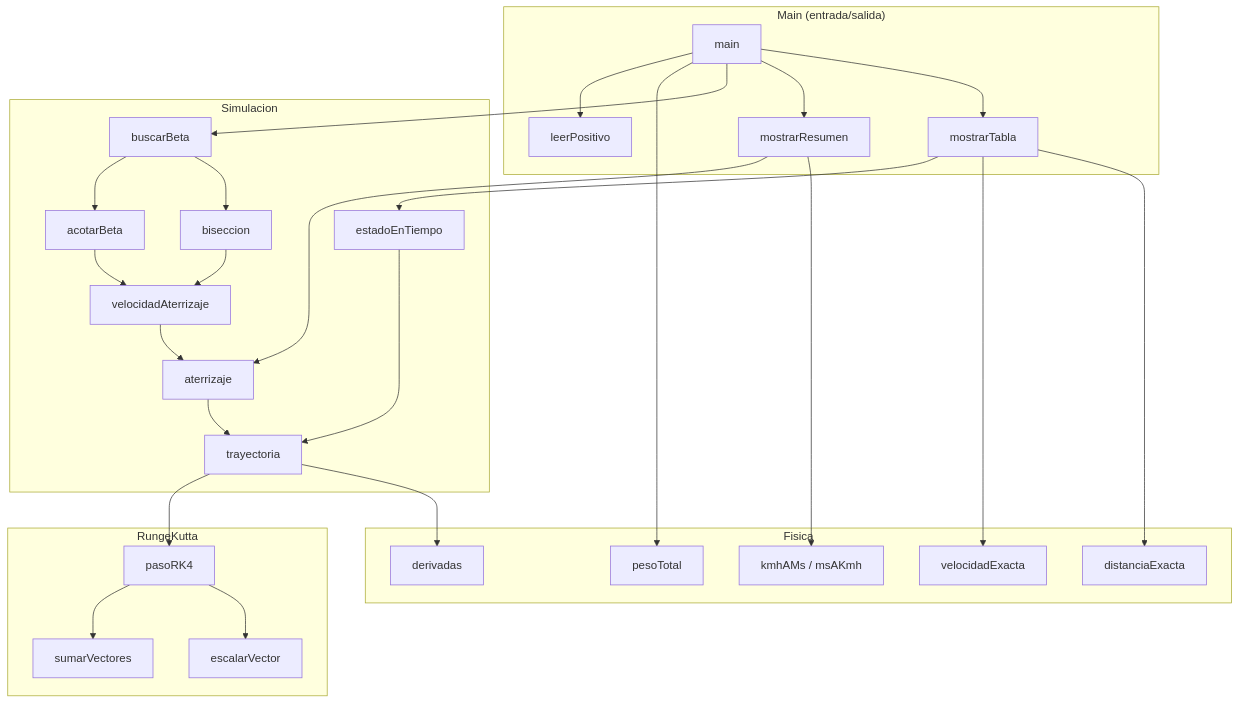
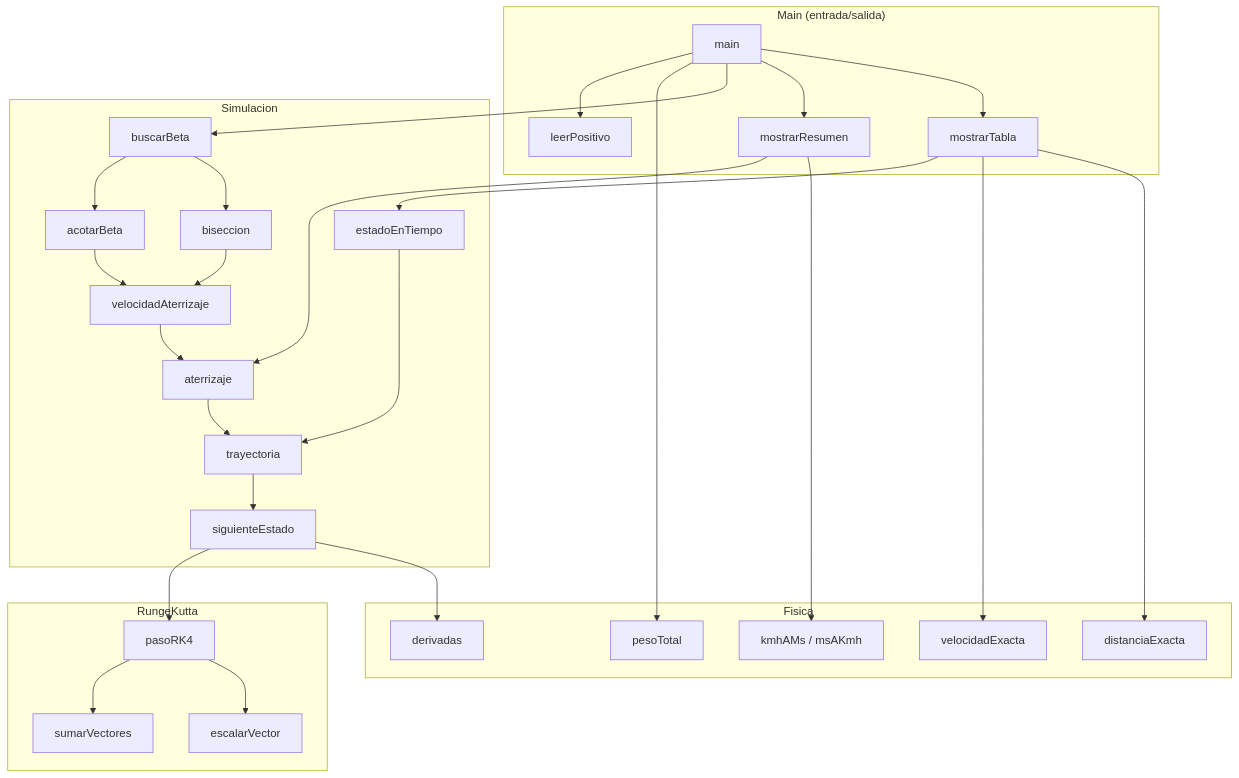
Before and after one commit to Sebas0718/soldados-suicidas-paradigma-funcional: the diagram in docs/especificacion-tecnica.md, drawn with Mermaid. The commit also changed other lines of this file and 6 other files, not shown here.

````diff
--- a/docs/especificacion-tecnica.md
+++ b/docs/especificacion-tecnica.md
@@ -164,57 +164,59 @@
 ```mermaid
 flowchart TD
     subgraph Main["Main (entrada/salida)"]
         main[main]
         leer[leerPositivo]
         resumen[mostrarResumen]
         tabla[mostrarTabla]
     end
 
     subgraph Simulacion
         buscar[buscarBeta]
         acotar[acotarBeta]
         bisec[biseccion]
         vAter[velocidadAterrizaje]
         ater[aterrizaje]
         enT[estadoEnTiempo]
         tray[trayectoria]
+        sig[siguienteEstado]
     end
 
     subgraph RungeKutta
         paso[pasoRK4]
         sumar[sumarVectores]
         escalar[escalarVector]
     end
 
     subgraph Fisica
         peso[pesoTotal]
         deriv[derivadas]
         vEx[velocidadExacta]
         xEx[distanciaExacta]
         conv[kmhAMs / msAKmh]
     end
 
     main --> leer
     main --> peso
     main --> buscar
     main --> resumen
     main --> tabla
     resumen --> ater
     resumen --> conv
     tabla --> enT
     tabla --> vEx
     tabla --> xEx
 
     buscar --> acotar
     buscar --> bisec
     acotar --> vAter
     bisec --> vAter
     vAter --> ater
     ater --> tray
     enT --> tray
-    tray --> paso
-    tray --> deriv
+    tray --> sig
+    sig --> paso
+    sig --> deriv
 
     paso --> sumar
     paso --> escalar
 ```
````
